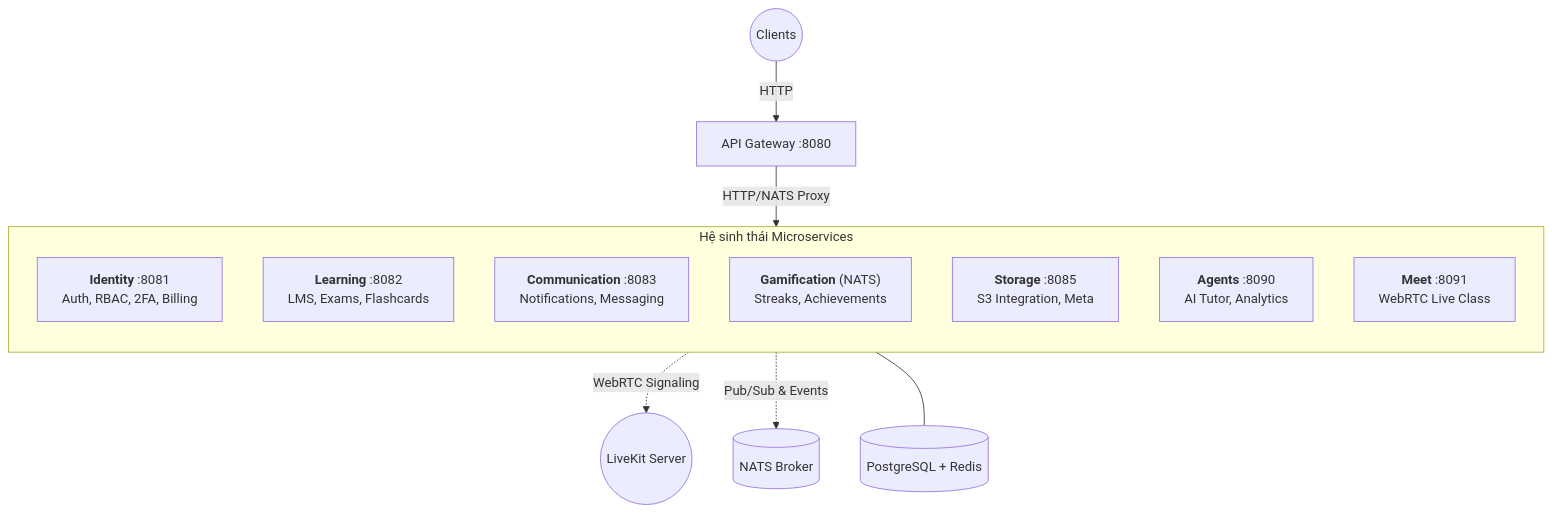
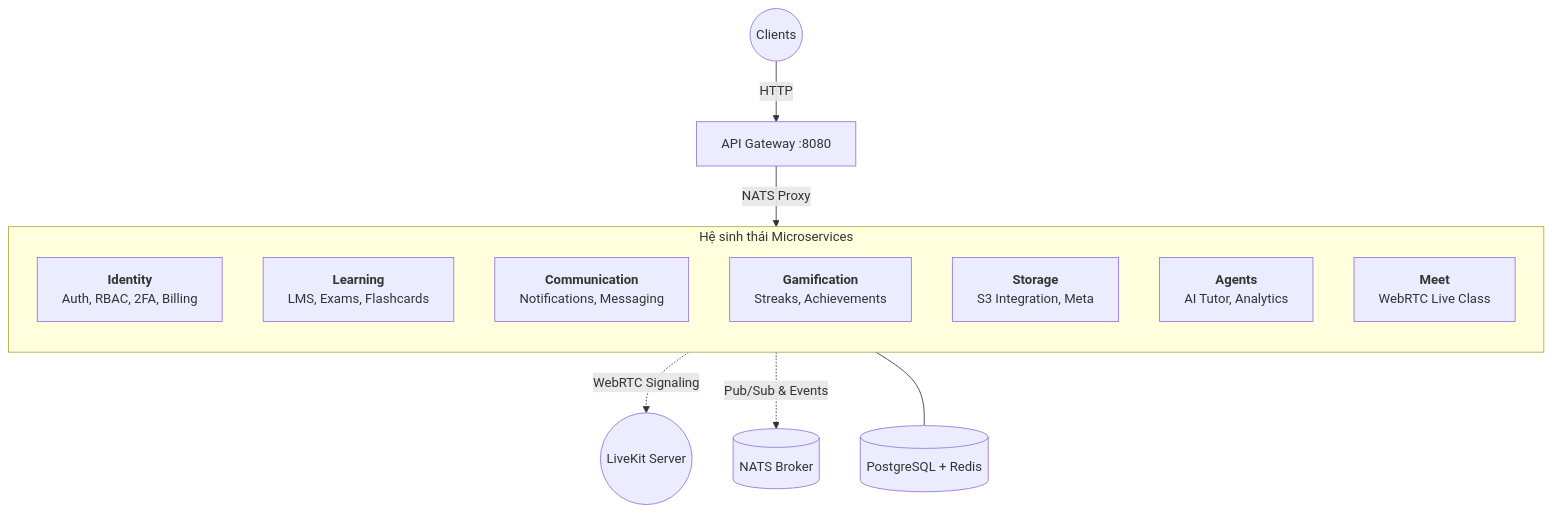
Before and after one commit to Lain4504/torii-monorepo: the diagram in README.md, drawn with Mermaid. The commit also changed other lines of this file and 19 other files, not shown here.

````diff
--- a/README.md
+++ b/README.md
@@ -39,20 +39,20 @@
 ```mermaid
 graph TB
     Client((Clients)) -->|HTTP| Gateway["API Gateway :8080"]
-    Gateway -->|HTTP/NATS Proxy| Services
+    Gateway -->|NATS Proxy| Services
     
     subgraph Services ["Hệ sinh thái Microservices"]
         direction TB
-        Identity["<b>Identity</b> :8081<br>Auth, RBAC, 2FA, Billing"]
-        Learning["<b>Learning</b> :8082<br>LMS, Exams, Flashcards"]
-        Comm["<b>Communication</b> :8083<br>Notifications, Messaging"]
-        Gamification["<b>Gamification</b> (NATS)<br>Streaks, Achievements"]
-        Storage["<b>Storage</b> :8085<br>S3 Integration, Meta"]
-        Agents["<b>Agents</b> :8090<br>AI Tutor, Analytics"]
-        Meet["<b>Meet</b> :8091<br>WebRTC Live Class"]
+        Identity["<b>Identity</b><br>Auth, RBAC, 2FA, Billing"]
+        Learning["<b>Learning</b><br>LMS, Exams, Flashcards"]
+        Comm["<b>Communication</b><br>Notifications, Messaging"]
+        Gamification["<b>Gamification</b><br>Streaks, Achievements"]
+        Storage["<b>Storage</b><br>S3 Integration, Meta"]
+        Agents["<b>Agents</b><br>AI Tutor, Analytics"]
+        Meet["<b>Meet</b><br>WebRTC Live Class"]
     end
     
     Services -.->|Pub/Sub & Events| NATS[("NATS Broker")]
     Meet -.->|WebRTC Signaling| LiveKit(("LiveKit Server"))
     Services --- DB[("PostgreSQL + Redis")]
 ```
````
